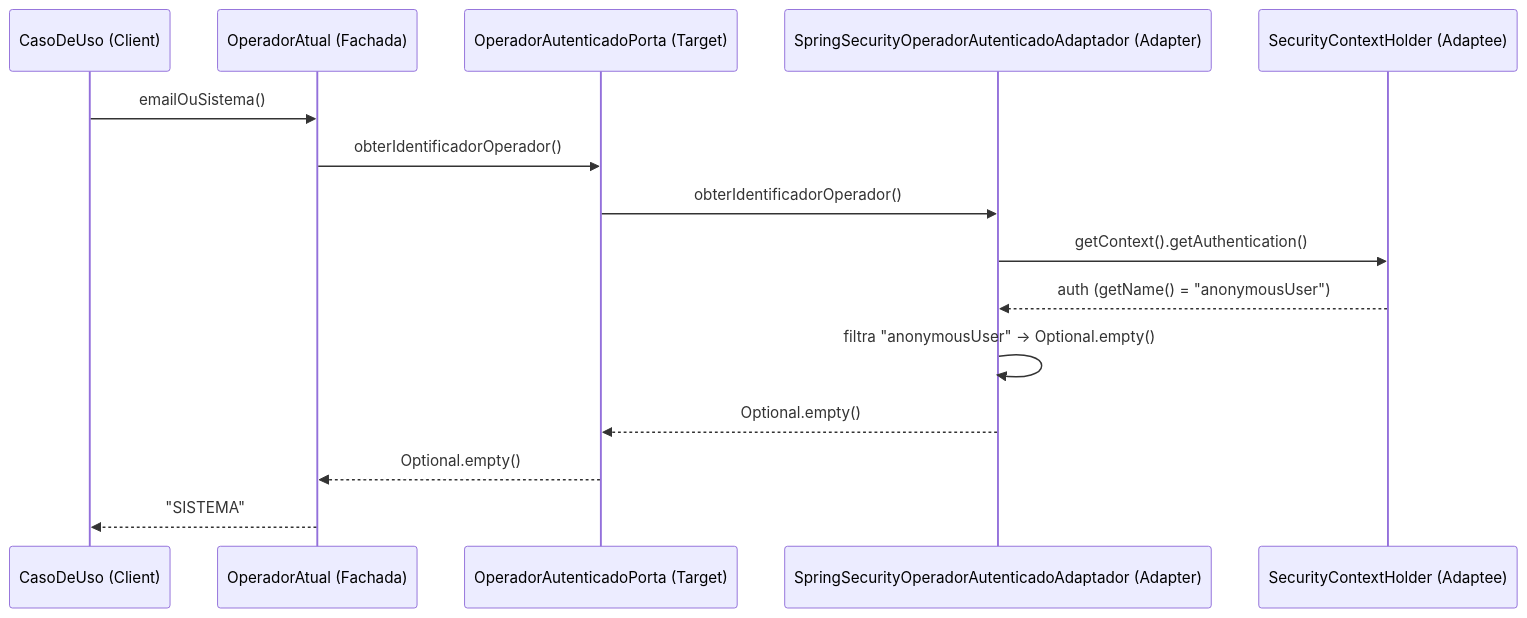
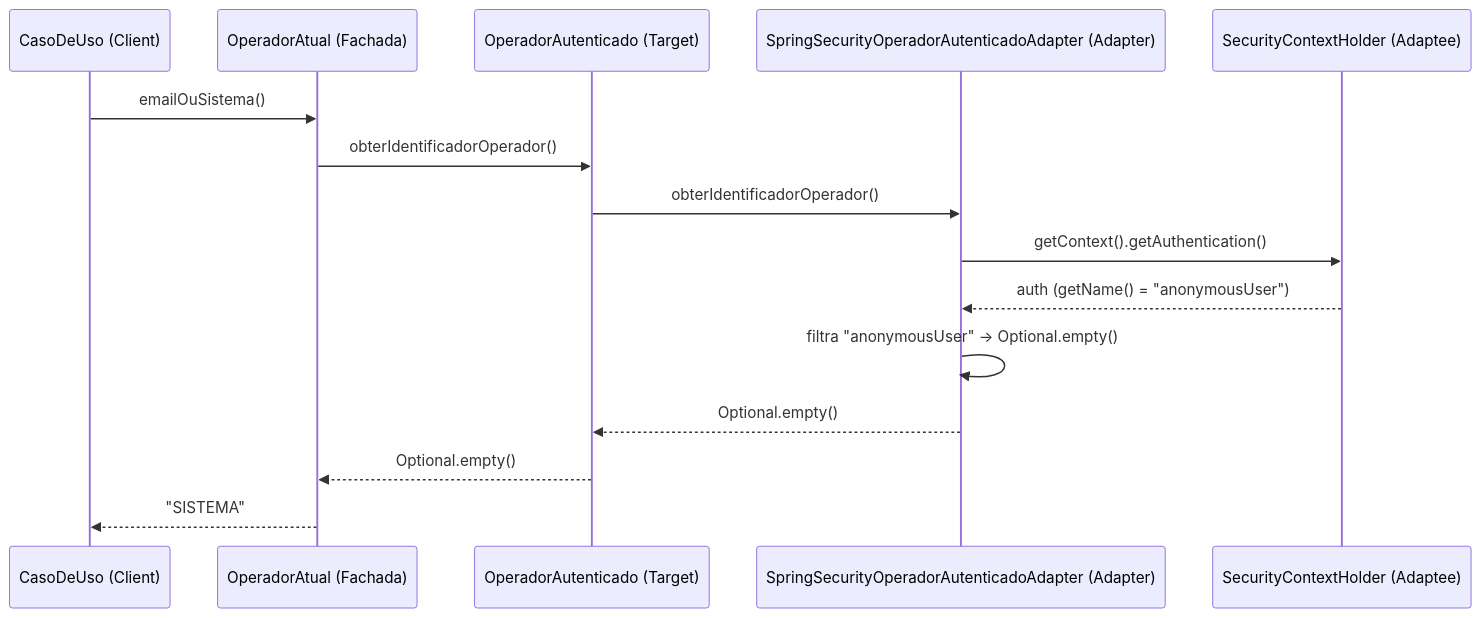
The sixth of 6 diagrams in docs/arquitetura/padroes-de-projeto.md (yIuriy/rp-iv-grupo03-safeplace), drawn with Mermaid before and after one commit. The commit also changed other lines of this file and 264 other files, not shown here.

````diff
--- a/docs/arquitetura/padroes-de-projeto.md
+++ b/docs/arquitetura/padroes-de-projeto.md
@@ -457,18 +457,18 @@
 ```mermaid
 sequenceDiagram
   participant Cliente as CasoDeUso (Client)
   participant Facade as OperadorAtual (Fachada)
-  participant Target as OperadorAutenticadoPorta (Target)
-  participant Adapter as SpringSecurityOperadorAutenticadoAdaptador (Adapter)
+  participant Target as OperadorAutenticado (Target)
+  participant Adapter as SpringSecurityOperadorAutenticadoAdapter (Adapter)
   participant Adaptee as SecurityContextHolder (Adaptee)
 
   Cliente->>Facade: emailOuSistema()
   Facade->>Target: obterIdentificadorOperador()
   Target->>Adapter: obterIdentificadorOperador()
   Adapter->>Adaptee: getContext().getAuthentication()
   Adaptee-->>Adapter: auth (getName() = "anonymousUser")
   Adapter->>Adapter: filtra "anonymousUser" -> Optional.empty()
   Adapter-->>Target: Optional.empty()
   Target-->>Facade: Optional.empty()
   Facade-->>Cliente: "SISTEMA"
 ```
````
